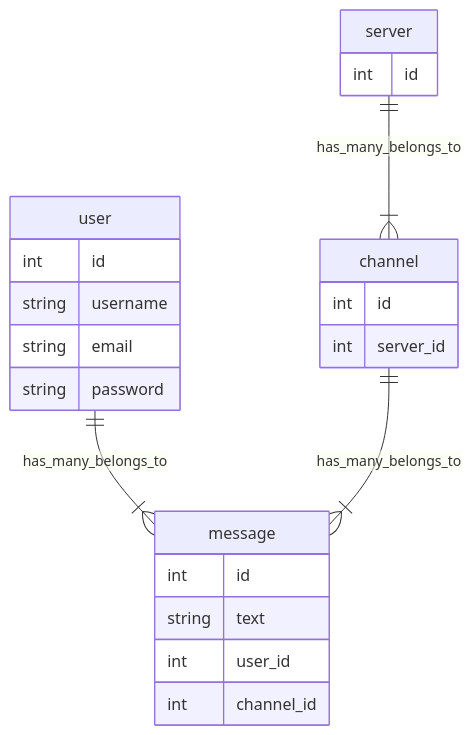
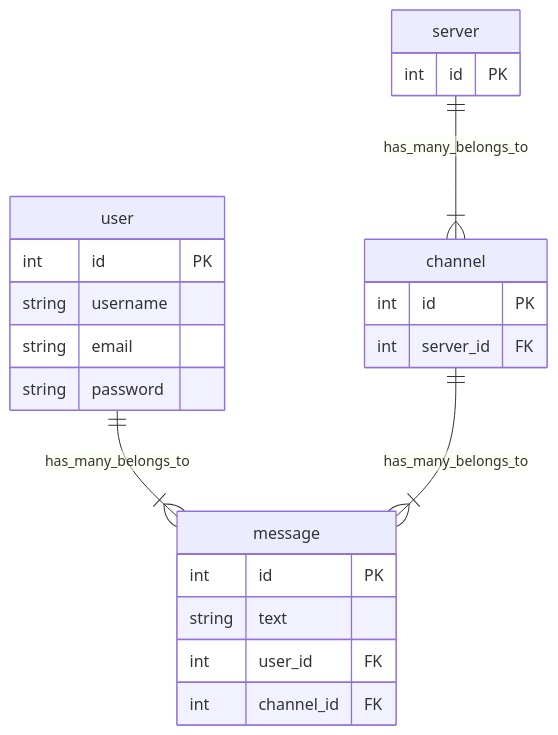
Before and after one commit to george11119/discord-clone: the diagram in planning.md, drawn with Mermaid. The commit also changed other lines of this file and 6 other files, not shown here.

````diff
--- a/planning.md
+++ b/planning.md
@@ -25,28 +25,28 @@
 ```mermaid
 erDiagram
   user ||--|{ message: has_many_belongs_to
   user {
-    int id
+    int id PK
     string username
     string email
     string password
   }
 
   server ||--|{ channel: has_many_belongs_to
   server {
-    int id
+    int id PK
   }
 
   channel ||--|{ message: has_many_belongs_to
   channel {
-    int id
-    int server_id
+    int id PK
+    int server_id FK
   }
 
   message {
-    int id
+    int id PK
     string text
-    int user_id
-    int channel_id
+    int user_id FK
+    int channel_id FK
   }
 ```
````
